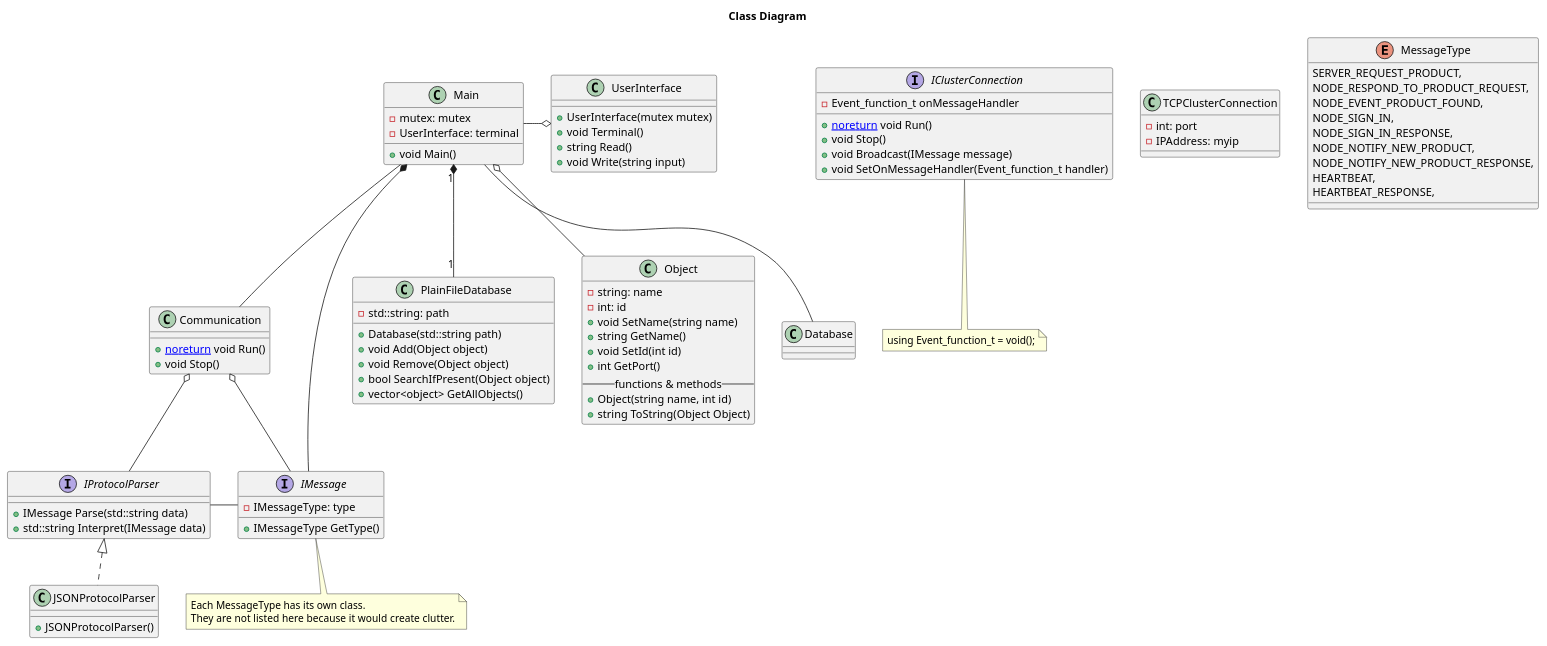
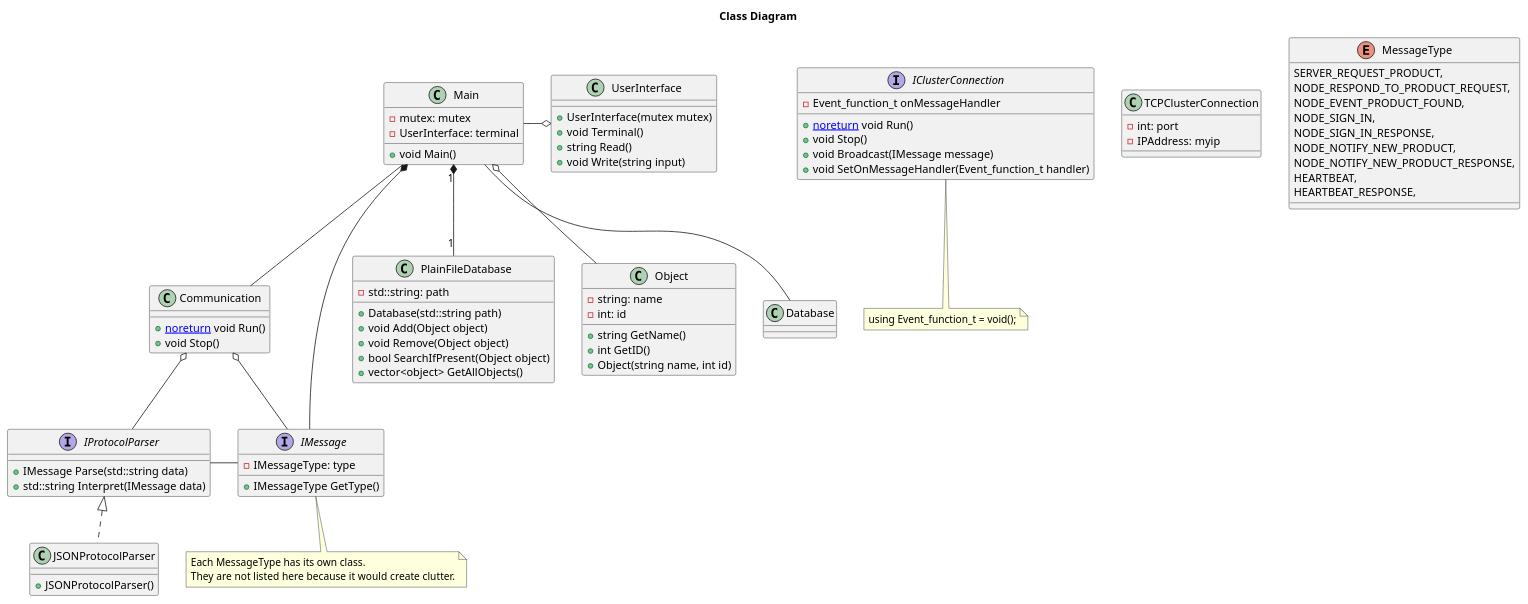
One commit to T3-FindIt/FindIt changed the diagram in Designs/Server Design/Design.wsd. Above: the diagram before and after it, drawn with PlantUML.

Commit message:
Finalized object class

```diff
--- a/Designs/Server Design/Design.wsd
+++ b/Designs/Server Design/Design.wsd
@@ -1,133 +1,126 @@
 @startuml ClassDiagram
 Title Class Diagram
 
 Class Communication
 {
     {method} + [[noreturn]] void Run()
     {method} + void Stop()
 }
 
 ' using Event_function_t = void();
 interface IClusterConnection
 {
     {field} - Event_function_t onMessageHandler
     {method} + [[noreturn]] void Run()
     {method} + void Stop()
     {method} + void Broadcast(IMessage message)
     ' {method} + void Send(IMessage message, IPAdress myip)
     {method} + void SetOnMessageHandler(Event_function_t handler)
 }
 
 note bottom of IClusterConnection
 using Event_function_t = void();
 end note
 
 class TCPClusterConnection
 {
     {field} - int: port
     {field} - IPAddress: myip
 }
 
 Class PlainFileDatabase
 {
     {field} - std::string: path
     {method} + Database(std::string path)
     {method} + void Add(Object object)
     {method} + void Remove(Object object)
     {method} + bool SearchIfPresent(Object object)
     {method} + vector<object> GetAllObjects()
 }
 
 Class Object
 {
     {field} - string: name
     {field} - int: id
-    ' {field} - string type
-    {method} + void SetName(string name)
     {method} + string GetName()
-    {method} + void SetId(int id)
-    {method} + int GetPort()
-    ' {method} + void SetType(string type)
-    ' {method} + string GetType()
-    -- functions & methods --
+    {method} + int GetID()
     {method} + Object(string name, int id)
-    {method} + string ToString(Object Object)
 }
 
 enum MessageType
 {
     SERVER_REQUEST_PRODUCT,
     NODE_RESPOND_TO_PRODUCT_REQUEST,
     NODE_EVENT_PRODUCT_FOUND,
     NODE_SIGN_IN,
     NODE_SIGN_IN_RESPONSE,
     NODE_NOTIFY_NEW_PRODUCT,
     NODE_NOTIFY_NEW_PRODUCT_RESPONSE,
     HEARTBEAT,
     HEARTBEAT_RESPONSE,
 }
 
 interface IMessage
 {
     {field} - IMessageType: type
     {method} + IMessageType GetType()
 }
 
 note bottom of IMessage
 Each MessageType has its own class.
 They are not listed here because it would create clutter.
 end note
 
 interface IProtocolParser
 {
     {method} + IMessage Parse(std::string data)
     {method} + std::string Interpret(IMessage data)
 }
 
 Class JSONProtocolParser
 {
     {method} + JSONProtocolParser()
 }
 
 Class UserInterface
 {
     {method} + UserInterface(mutex mutex)
     {method} + void Terminal()
     {method} + string Read()
     {method} + void Write(string input)
 }
 
 Class Main
 {
     {field} - mutex: mutex
     {field} - UserInterface: terminal
     {method} + void Main()
 }
 
 Main "1" *-- "1" PlainFileDatabase
 
 ' EMPTY CLASSES
 ' END OF EMPYY CLASSES
 
 Main -o UserInterface
 Main o-- Object
 Main -- Database
 Main -- Communication
 Main *-- IMessage
 Communication o-- IMessage
 IProtocolParser <|.. JSONProtocolParser
 IProtocolParser - IMessage
 Communication o-- IProtocolParser
 
 ' Controller "1" o-- "1" WiFiHandler
 ' Controller "1" o-- "1" IMasterSlave
 ' Controller "1" o-- "1" JsonBuilder
 ' Controller "1" o-down- "1" IDipSwitch
 ' Controller "1" o-- "1" WebSocketHandler
 
 ' WiFiHandler "1" o-- "1" WiFiData
 ' WebSocketHandler "1" o-- "1" WebsocketData
 
 ' See if we should separate WebSocket & WiFi
 ' object opslaan als JSON objecten?
 @enduml
```
